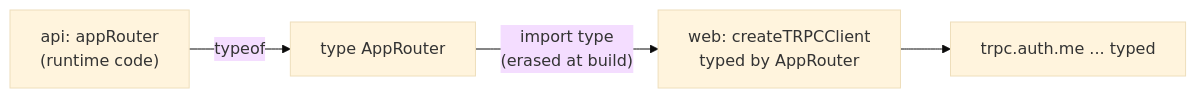
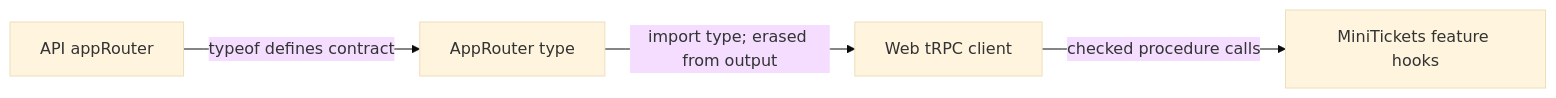
Before and after one commit to maheshnd/minitickets: the diagram in docs/handbook/concepts/end-to-end-types.md, drawn with Mermaid (base theme). The commit also changed other lines of this file and 119 other files, not shown here.

````diff
--- a/docs/handbook/concepts/end-to-end-types.md
+++ b/docs/handbook/concepts/end-to-end-types.md
@@ -19,6 +18,6 @@
 ```mermaid
 flowchart LR
-    router["api: appRouter<br/>(runtime code)"] -->|"typeof"| type["type AppRouter"]
-    type -->|"import type<br/>(erased at build)"| client["web: createTRPCClient<br/>typed by AppRouter"]
-    client --> calls["trpc.auth.me ... typed"]
+router["API appRouter"] -->|"typeof defines contract"| type["AppRouter type"]
+    type -->|"import type; erased from output"| client["Web tRPC client"]
+    client -->|"checked procedure calls"| hooks["MiniTickets feature hooks"]
 ```
````
